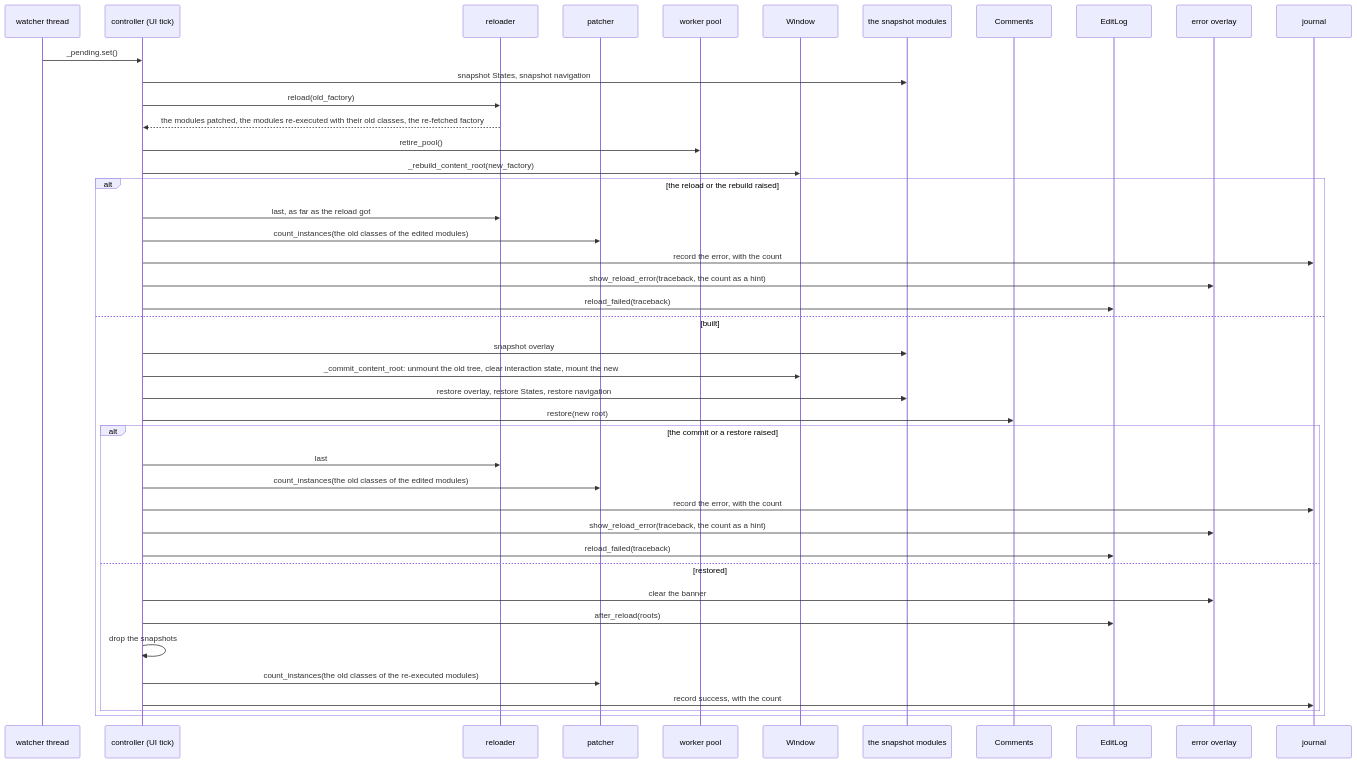
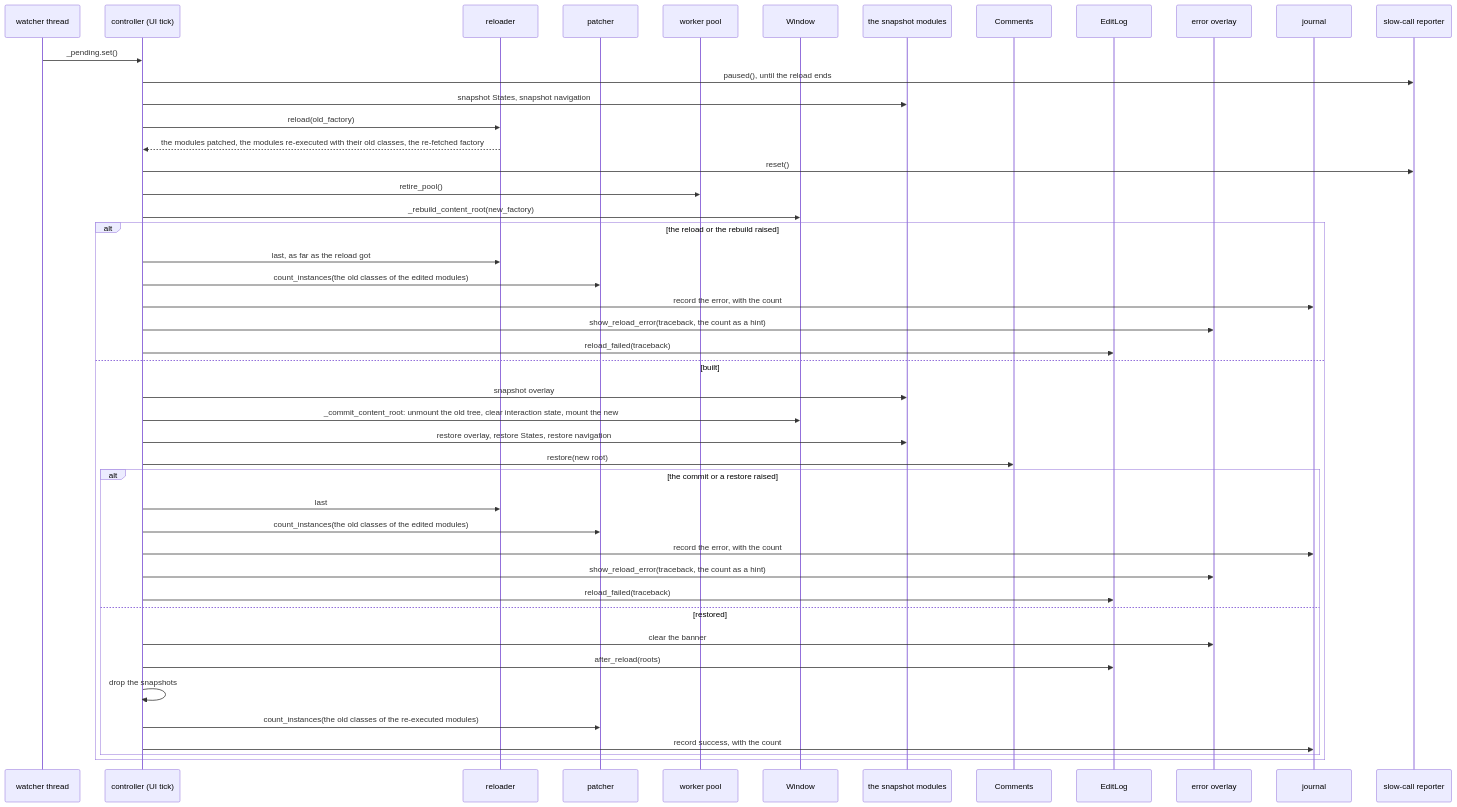
Before and after one commit to yuksblog/nuiitivet: the fifth of 9 diagrams in docs/design/HOT_RELOAD.md, drawn with Mermaid. The commit also changed other lines of this file and 18 other files, not shown here.

````diff
--- a/docs/design/HOT_RELOAD.md
+++ b/docs/design/HOT_RELOAD.md
@@ -167,46 +170,49 @@
 ```mermaid
 sequenceDiagram
     participant F as watcher thread
     participant C as controller (UI tick)
     participant R as reloader
     participant T as patcher
     participant P as worker pool
     participant W as Window
     participant Snap as the snapshot modules
     participant Cm as Comments
     participant L as EditLog
     participant E as error overlay
     participant J as journal
+    participant S as slow-call reporter
 
     F->>C: _pending.set()
+    C->>S: paused(), until the reload ends
     C->>Snap: snapshot States, snapshot navigation
     C->>R: reload(old_factory)
     R-->>C: the modules patched, the modules re-executed with their old classes, the re-fetched factory
+    C->>S: reset()
     C->>P: retire_pool()
     C->>W: _rebuild_content_root(new_factory)
     alt the reload or the rebuild raised
         C->>R: last, as far as the reload got
         C->>T: count_instances(the old classes of the edited modules)
         C->>J: record the error, with the count
         C->>E: show_reload_error(traceback, the count as a hint)
         C->>L: reload_failed(traceback)
     else built
         C->>Snap: snapshot overlay
         C->>W: _commit_content_root: unmount the old tree, clear interaction state, mount the new
         C->>Snap: restore overlay, restore States, restore navigation
         C->>Cm: restore(new root)
         alt the commit or a restore raised
             C->>R: last
             C->>T: count_instances(the old classes of the edited modules)
             C->>J: record the error, with the count
             C->>E: show_reload_error(traceback, the count as a hint)
             C->>L: reload_failed(traceback)
         else restored
             C->>E: clear the banner
             C->>L: after_reload(roots)
             C->>C: drop the snapshots
             C->>T: count_instances(the old classes of the re-executed modules)
             C->>J: record success, with the count
         end
     end
 ```
````
